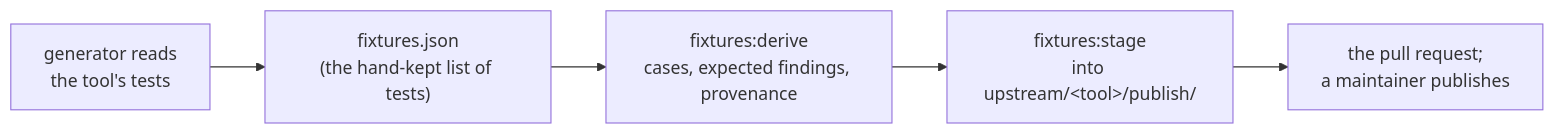
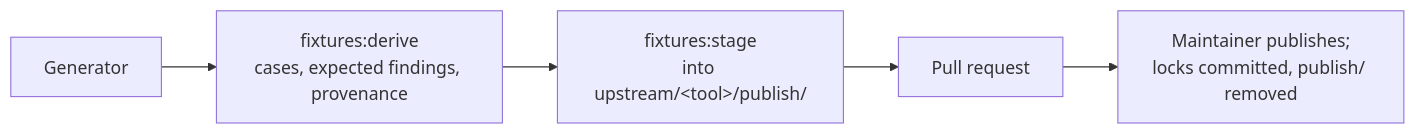
Before and after one commit to neralabs/rerail: the second of 2 diagrams in docs/porting-a-pack.md, drawn with Mermaid. The commit also changed other lines of this file, not shown here.

````diff
--- a/docs/porting-a-pack.md
+++ b/docs/porting-a-pack.md
@@ -120,7 +136,6 @@
 ```mermaid
 flowchart LR
-  G["generator reads<br/>the tool's tests"] --> L["fixtures.json<br/>(the hand-kept list of tests)"]
-  L --> D["fixtures:derive<br/>cases, expected findings, provenance"]
+  G["Generator"] --> D["fixtures:derive<br/>cases, expected findings, provenance"]
   D --> S["fixtures:stage<br/>into upstream/&lt;tool&gt;/publish/"]
-  S --> P["the pull request;<br/>a maintainer publishes"]
+  S --> P["Pull request"] --> M["Maintainer publishes;<br/>locks committed, publish/ removed"]
 ```
````
